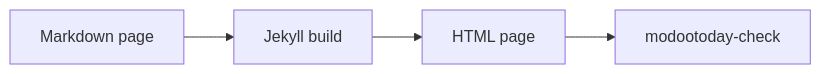
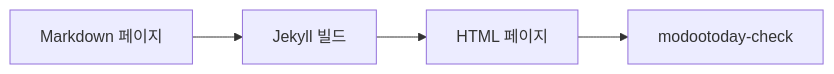
The diagram in docs/components/kitchen-sink.ko.md (modootoday/jekyll-theme-modootoday), drawn with Mermaid before and after one commit. The commit also changed other lines of this file and 20 other files, not shown here.

First line of the commit message:
feat(figure): a diagram picks its minimum width, and translations draw their own pair

````diff
--- a/docs/components/kitchen-sink.ko.md
+++ b/docs/components/kitchen-sink.ko.md
@@ -250,6 +250,6 @@
 ```mermaid
 flowchart LR
-  md[Markdown page] --> build[Jekyll build]
-  build --> html[HTML page]
+  md[Markdown 페이지] --> build[Jekyll 빌드]
+  build --> html[HTML 페이지]
   html --> check[modootoday-check]
 ```
````
